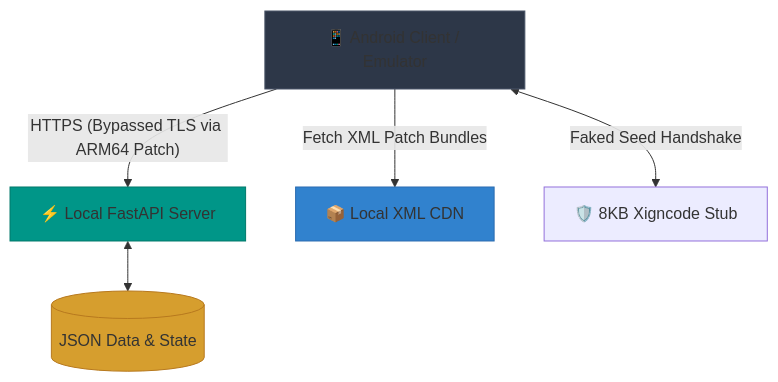
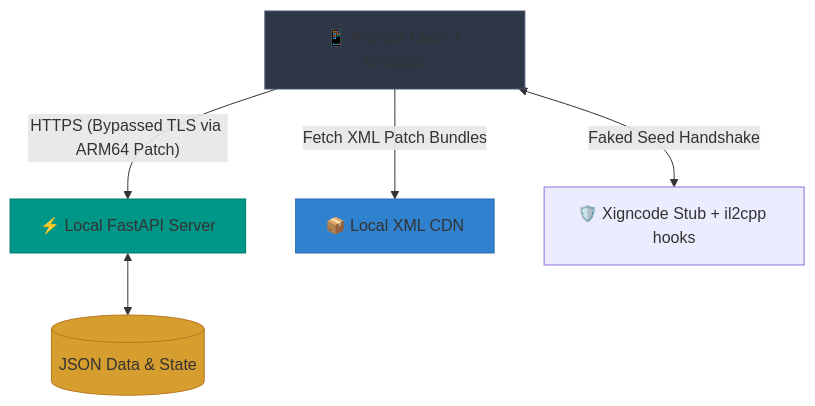
One commit to nowl-it/KingBugCastle changed the diagram in README.md. Above: the diagram before and after it, drawn with Mermaid. The commit also changed other lines of this file and 64 other files, not shown here.

````diff
--- a/README.md
+++ b/README.md
@@ -59,18 +56,18 @@
 ```mermaid
 graph TD
     Client[📱 Android Client / Emulator]
     FastAPI[⚡ Local FastAPI Server]
     CDN[📦 Local XML CDN]
-    XIGNCODE[🛡️ 8KB Xigncode Stub]
+    XIGNCODE[🛡️ Xigncode Stub + il2cpp hooks]
     Data[(JSON Data & State)]
 
     Client -- "HTTPS (Bypassed TLS via ARM64 Patch)" --> FastAPI
     Client -- "Fetch XML Patch Bundles" --> CDN
     FastAPI <--> Data
     Client <-->|"Faked Seed Handshake"| XIGNCODE
     
     style Client fill:#2D3748,stroke:#4A5568
     style FastAPI fill:#009688,stroke:#00796B
     style Data fill:#D69E2E,stroke:#B7791F
     style CDN fill:#3182CE,stroke:#2B6CB0
 ```
````
